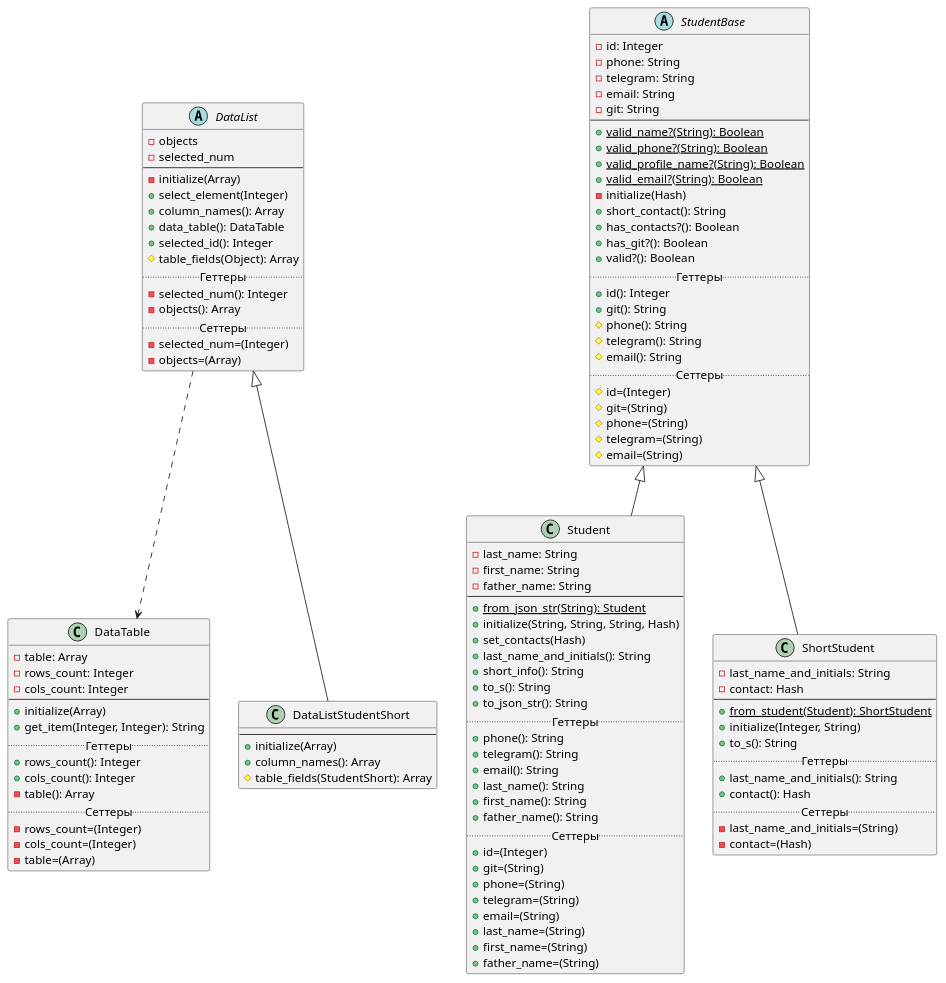
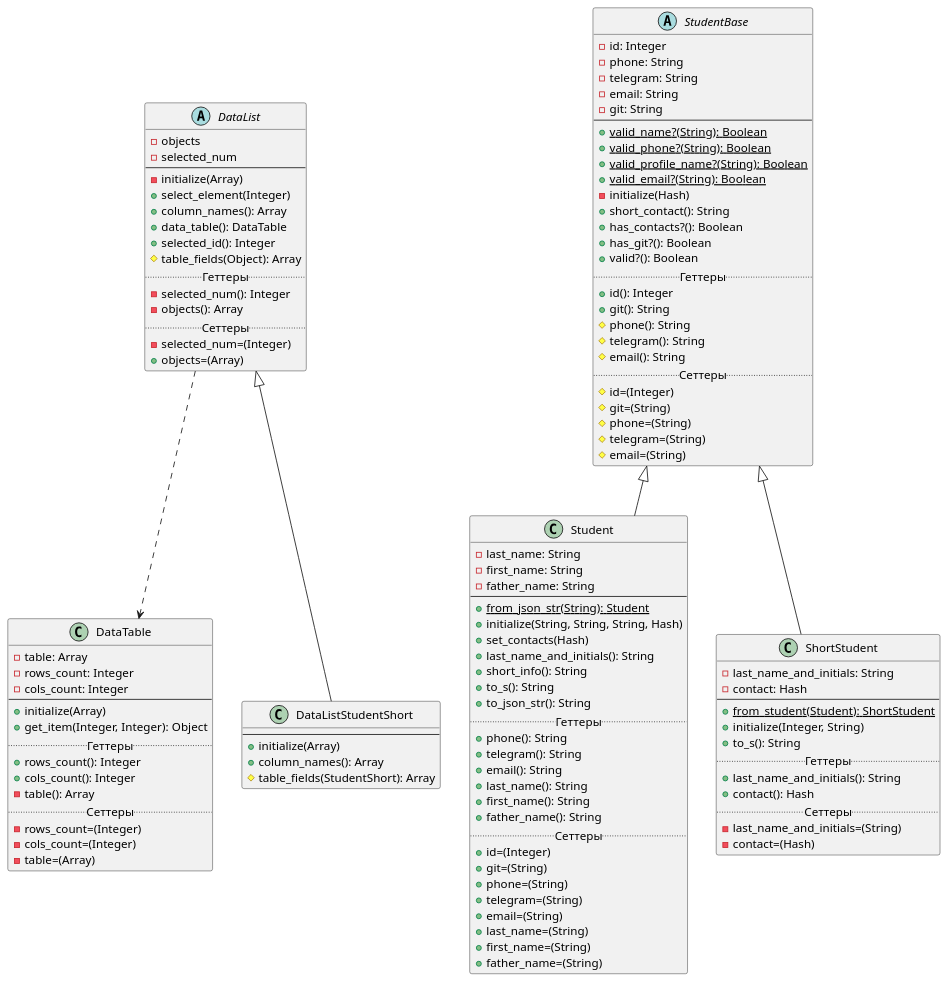
The diagram in Diagrams/lab2.puml (r1411/PatternsLabs), drawn with PlantUML before and after one commit. The commit also changed 1 other file, not shown here.

Commit message:
Актуализация диаграммы классов

```diff
--- a/Diagrams/lab2.puml
+++ b/Diagrams/lab2.puml
@@ -1,123 +1,123 @@
 @startuml
 'https://plantuml.com/class-diagram
 
 DataList ..> DataTable
 
 abstract class StudentBase {
     -id: Integer
     -phone: String
     -telegram: String
     -email: String
     -git: String
     --
     +{static}valid_name?(String): Boolean
     +{static}valid_phone?(String): Boolean
     +{static}valid_profile_name?(String): Boolean
     +{static}valid_email?(String): Boolean
     -initialize(Hash)
     +short_contact(): String
     +has_contacts?(): Boolean
     +has_git?(): Boolean
     +valid?(): Boolean
     .. Геттеры ..
     +id(): Integer
     +git(): String
     #phone(): String
     #telegram(): String
     #email(): String
     .. Сеттеры ..
     #id=(Integer)
     #git=(String)
     #phone=(String)
     #telegram=(String)
     #email=(String)
 }
 
 class Student extends StudentBase {
     -last_name: String
     -first_name: String
     -father_name: String
     --
     +{static}from_json_str(String): Student
     +initialize(String, String, String, Hash)
     +set_contacts(Hash)
     +last_name_and_initials(): String
     +short_info(): String
     +to_s(): String
     +to_json_str(): String
     .. Геттеры ..
     +phone(): String
     +telegram(): String
     +email(): String
     +last_name(): String
     +first_name(): String
     +father_name(): String
     .. Сеттеры ..
     +id=(Integer)
     +git=(String)
     +phone=(String)
     +telegram=(String)
     +email=(String)
     +last_name=(String)
     +first_name=(String)
     +father_name=(String)
 }
 
 class ShortStudent extends StudentBase {
     -last_name_and_initials: String
     -contact: Hash
     --
     +{static}from_student(Student): ShortStudent
     +initialize(Integer, String)
     +to_s(): String
     .. Геттеры ..
     +last_name_and_initials(): String
     +contact(): Hash
     .. Сеттеры ..
     -last_name_and_initials=(String)
     -contact=(Hash)
 }
 
 class DataTable {
     -table: Array
     -rows_count: Integer
     -cols_count: Integer
     --
     +initialize(Array)
-    +get_item(Integer, Integer): String
+    +get_item(Integer, Integer): Object
     .. Геттеры ..
     +rows_count(): Integer
     +cols_count(): Integer
     -table(): Array
     .. Сеттеры ..
     -rows_count=(Integer)
     -cols_count=(Integer)
     -table=(Array)
 }
 
 abstract class DataList {
     -objects
     -selected_num
     --
     -initialize(Array)
     +select_element(Integer)
     +column_names(): Array
     +data_table(): DataTable
     +selected_id(): Integer
     #table_fields(Object): Array
     .. Геттеры ..
     -selected_num(): Integer
     -objects(): Array
     .. Сеттеры ..
     -selected_num=(Integer)
-    -objects=(Array)
+    +objects=(Array)
 }
 
 class DataListStudentShort extends DataList {
     --
     +initialize(Array)
     +column_names(): Array
     #table_fields(StudentShort): Array
 }
 
 @enduml
```
